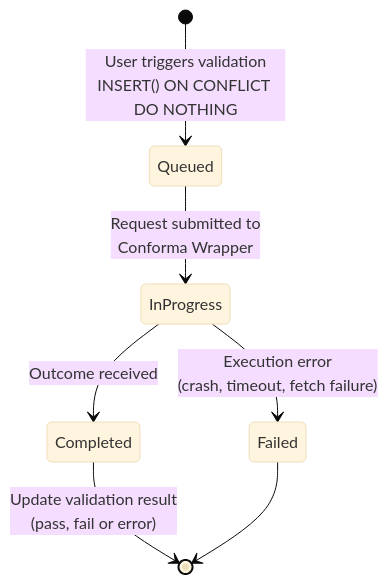
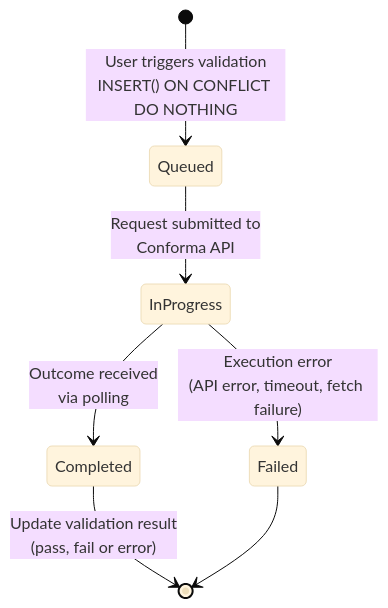
The first of 6 diagrams in docs/adrs/00014-enterprise-contract-integration.md (gildub/trustify), drawn with Mermaid (base theme) before and after one commit. The commit also changed other lines of this file, not shown here.

Commit message:
Use Comforma API instead of CLI

````diff
--- a/docs/adrs/00014-enterprise-contract-integration.md
+++ b/docs/adrs/00014-enterprise-contract-integration.md
@@ -58,9 +56,9 @@
 ```mermaid
 stateDiagram-v2
     [*] --> Queued : User triggers validation<br/>INSERT() ON CONFLICT DO NOTHING
-    Queued --> InProgress : Request submitted to <br/>Conforma Wrapper
-    InProgress --> Completed : Outcome received
-    InProgress --> Failed : Execution error<br/>(crash, timeout, fetch failure)
+    Queued --> InProgress : Request submitted to <br/>Conforma API
+    InProgress --> Completed : Outcome received<br/>via polling
+    InProgress --> Failed : Execution error<br/>(API error, timeout, fetch failure)
     Completed --> [*] : Update validation result <br/>(pass, fail or error)
     Failed --> [*]
 ```
````
